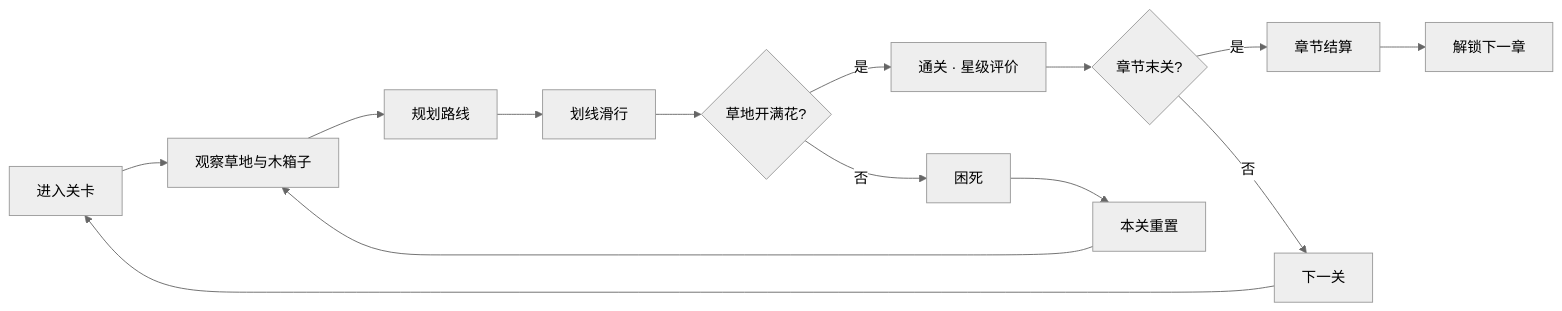
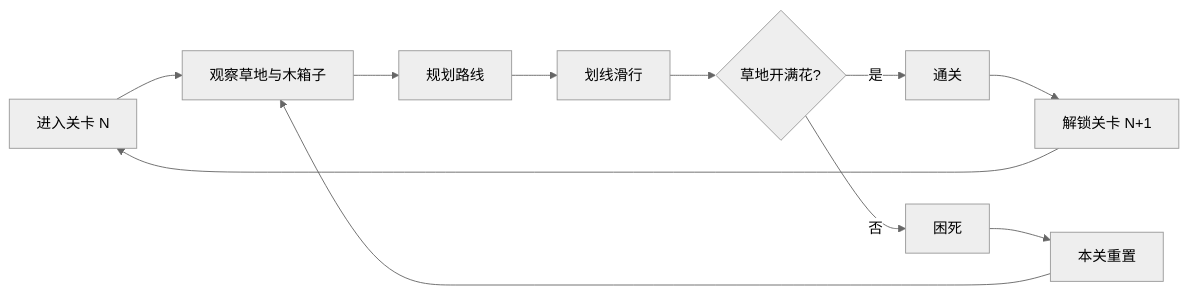
The first of 2 diagrams in #PROJECT/longcat/GDD/01_top_design/design.md (orsonHuang/ai_test), drawn with Mermaid (neutral theme) before and after one commit. The commit also changed other lines of this file and 15 other files, not shown here.

````diff
--- a/#PROJECT/longcat/GDD/01_top_design/design.md
+++ b/#PROJECT/longcat/GDD/01_top_design/design.md
@@ -35,16 +52,13 @@
 ```mermaid
 flowchart LR
-  A["进入关卡"] --> B["观察草地与木箱子"]
+  A["进入关卡 N"] --> B["观察草地与木箱子"]
   B --> C["规划路线"]
   C --> D["划线滑行"]
   D --> E{"草地开满花?"}
-  E -- 是 --> F["通关 · 星级评价"]
+  E -- 是 --> F["通关"]
   E -- 否 --> G["困死"]
   G --> H["本关重置"]
   H --> B
-  F --> I{"章节末关?"}
-  I -- 是 --> J["章节结算"]
-  I -- 否 --> K["下一关"]
-  K --> A
-  J --> L["解锁下一章"]
+  F --> I["解锁关卡 N+1"]
+  I --> A
 ```
````
